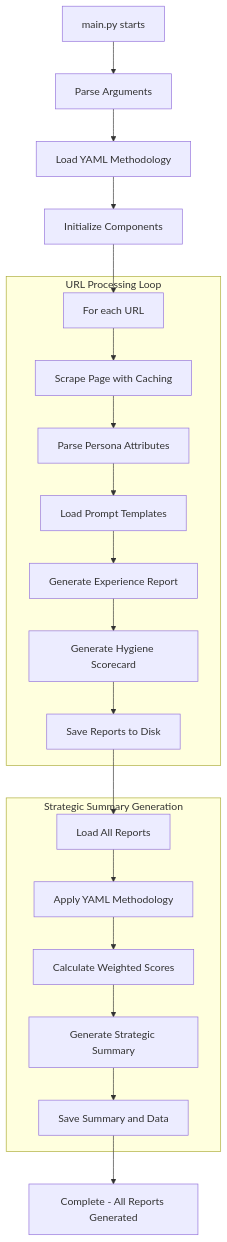
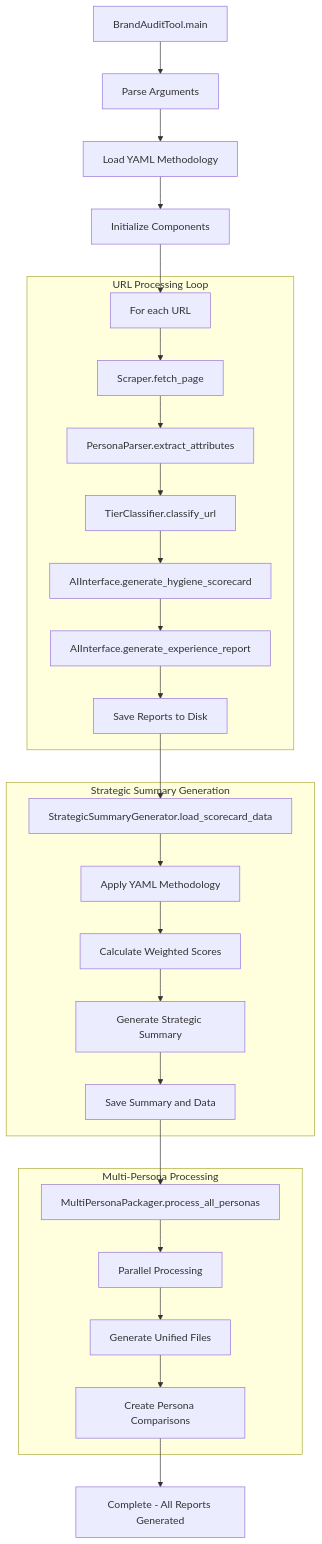
The second of 3 diagrams in product/technical_architecture.md (jasonlmagnus/sopra_steria), drawn with Mermaid before and after one commit. The commit also changed other lines of this file and 31 other files, not shown here.

````diff
--- a/product/technical_architecture.md
+++ b/product/technical_architecture.md
@@ -196,27 +260,35 @@
 ```mermaid
 graph TD
-    A[main.py starts] --> B[Parse Arguments]
+    A[BrandAuditTool.main] --> B[Parse Arguments]
     B --> C[Load YAML Methodology]
     C --> D[Initialize Components]
 
     subgraph "URL Processing Loop"
-        E[For each URL] --> F[Scrape Page with Caching]
-        F --> G[Parse Persona Attributes]
-        G --> H[Load Prompt Templates]
-        H --> I[Generate Experience Report]
-        I --> J[Generate Hygiene Scorecard]
+        E[For each URL] --> F[Scraper.fetch_page]
+        F --> G[PersonaParser.extract_attributes]
+        G --> H[TierClassifier.classify_url]
+        H --> I[AIInterface.generate_hygiene_scorecard]
+        I --> J[AIInterface.generate_experience_report]
         J --> K[Save Reports to Disk]
     end
 
     D --> E
 
     subgraph "Strategic Summary Generation"
-        L[Load All Reports] --> M[Apply YAML Methodology]
+        L[StrategicSummaryGenerator.load_scorecard_data] --> M[Apply YAML Methodology]
         M --> N[Calculate Weighted Scores]
         N --> O[Generate Strategic Summary]
         O --> P[Save Summary and Data]
     end
 
     K --> L
-    P --> Q[Complete - All Reports Generated]
+
+    subgraph "Multi-Persona Processing"
+        Q[MultiPersonaPackager.process_all_personas] --> R[Parallel Processing]
+        R --> S[Generate Unified Files]
+        S --> T[Create Persona Comparisons]
+    end
+
+    P --> Q
+    T --> U[Complete - All Reports Generated]
 ```
````
